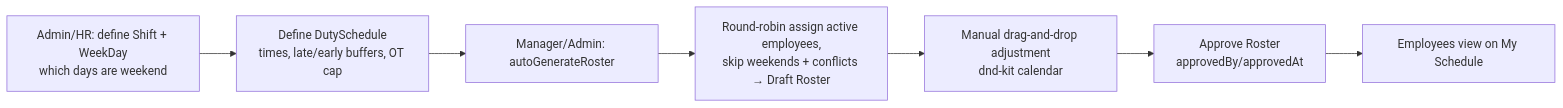
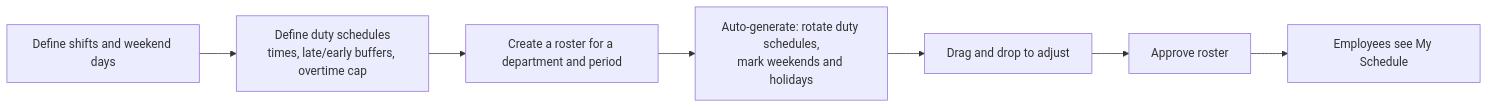
Before and after one commit to PrantaRoy/hrm_plus: the seventh of 10 diagrams in docs/SYSTEM_WORKFLOW.md, drawn with Mermaid. The commit also changed other lines of this file and 15 other files, not shown here.

````diff
--- a/docs/SYSTEM_WORKFLOW.md
+++ b/docs/SYSTEM_WORKFLOW.md
@@ -170,9 +285,9 @@
 ```mermaid
 flowchart LR
-    A[Admin/HR: define Shift + WeekDay<br/>which days are weekend] --> B[Define DutySchedule<br/>times, late/early buffers, OT cap]
-    B --> C[Manager/Admin: autoGenerateRoster]
-    C --> D[Round-robin assign active employees,<br/>skip weekends + conflicts → Draft Roster]
-    D --> E[Manual drag-and-drop adjustment<br/>dnd-kit calendar]
-    E --> F[Approve Roster<br/>approvedBy/approvedAt]
-    F --> G[Employees view on My Schedule]
+    A[Define shifts and weekend days] --> B[Define duty schedules<br/>times, late/early buffers, overtime cap]
+    B --> C[Create a roster for a department and period]
+    C --> D[Auto-generate: rotate duty schedules,<br/>mark weekends and holidays]
+    D --> E[Drag and drop to adjust]
+    E --> F[Approve roster]
+    F --> G[Employees see My Schedule]
 ```
````
